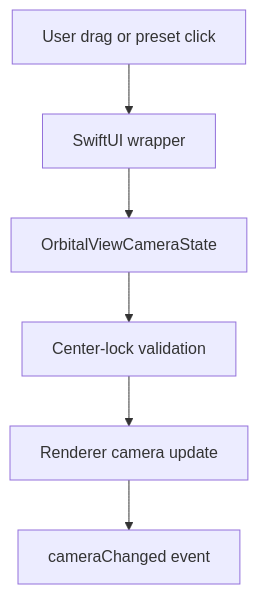
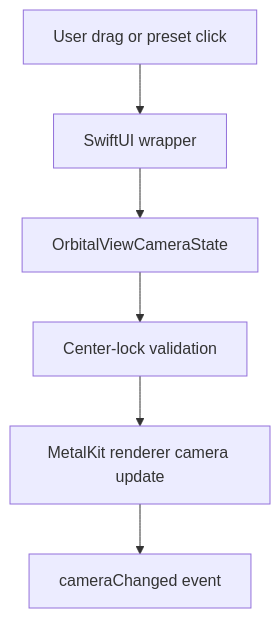
The third of 5 diagrams in docs/system-flows.md (jebagu/orbital-view), drawn with Mermaid before and after one commit. The commit also changed other lines of this file and 16 other files, not shown here.

Commit message:
Accept MetalKit renderer backend

````diff
--- a/docs/system-flows.md
+++ b/docs/system-flows.md
@@ -25,8 +25,8 @@
 ```mermaid
 flowchart TD
   User["User drag or preset click"] --> Wrapper["SwiftUI wrapper"]
   Wrapper --> Camera["OrbitalViewCameraState"]
   Camera --> Validate["Center-lock validation"]
-  Validate --> Renderer["Renderer camera update"]
+  Validate --> Renderer["MetalKit renderer camera update"]
   Renderer --> Event["cameraChanged event"]
 ```
````
